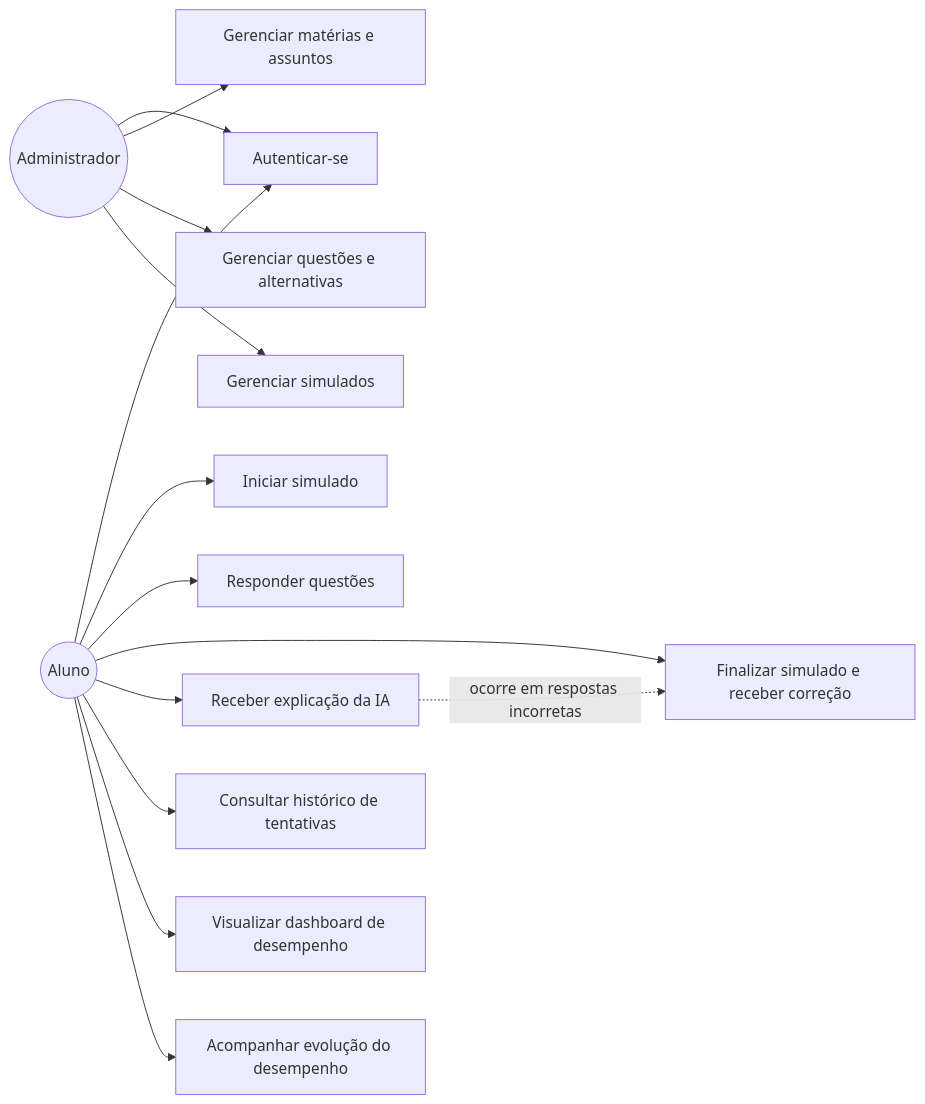
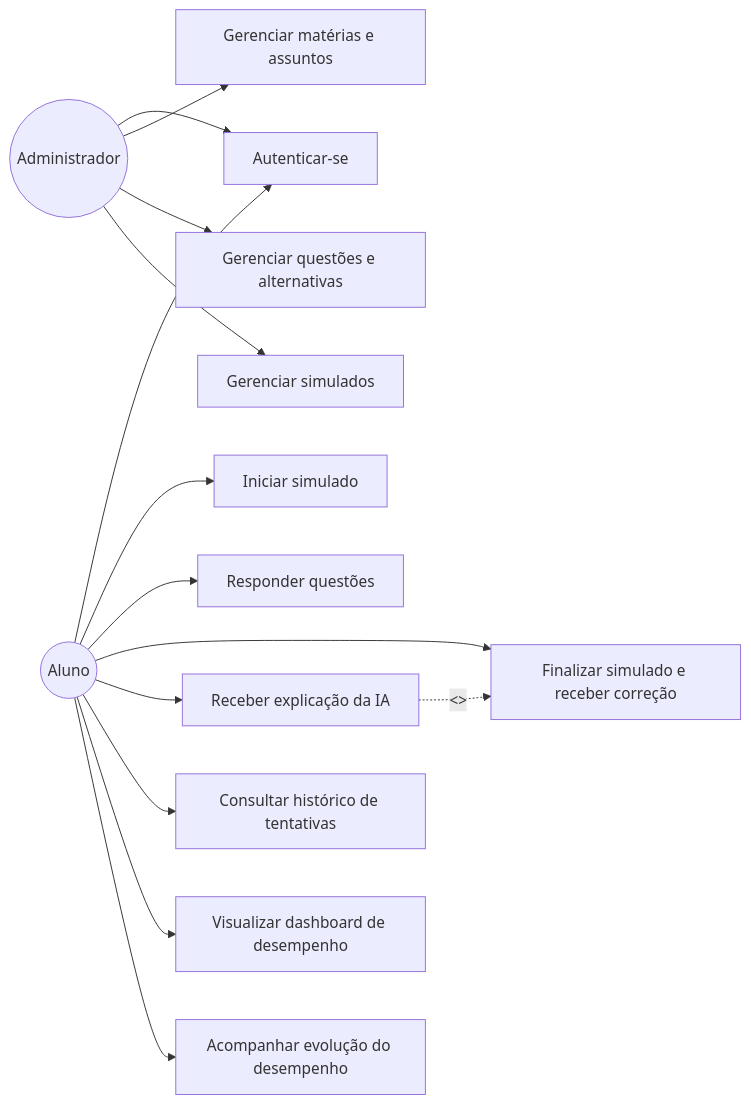
Before and after one commit to Lab-EngSoft/SimulaAI: the first of 2 diagrams in E3/UML.md, drawn with Mermaid. The commit also changed 3 other files, not shown here.

````diff
--- a/E3/UML.md
+++ b/E3/UML.md
@@ -7,22 +7,22 @@
 ```mermaid
 flowchart LR
   Aluno((Aluno))
   Admin((Administrador))
 
   Aluno --> UC1[Autenticar-se]
   Admin --> UC1
 
   Admin --> UC2[Gerenciar matérias e assuntos]
   Admin --> UC3[Gerenciar questões e alternativas]
   Admin --> UC11[Gerenciar simulados]
 
   Aluno --> UC4[Iniciar simulado]
   Aluno --> UC5[Responder questões]
   Aluno --> UC6[Finalizar simulado e receber correção]
   Aluno --> UC7[Receber explicação da IA]
   Aluno --> UC8[Consultar histórico de tentativas]
   Aluno --> UC9[Visualizar dashboard de desempenho]
   Aluno --> UC10[Acompanhar evolução do desempenho]
 
-  UC7 -. ocorre em respostas incorretas .-> UC6
+  UC7 -.->|<<extend>>| UC6
 ```
````
